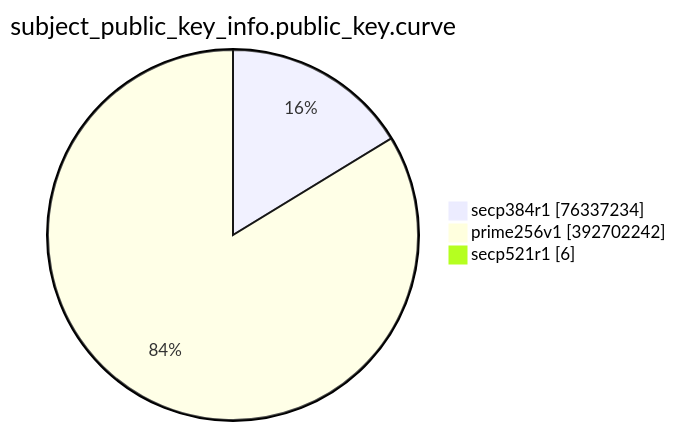
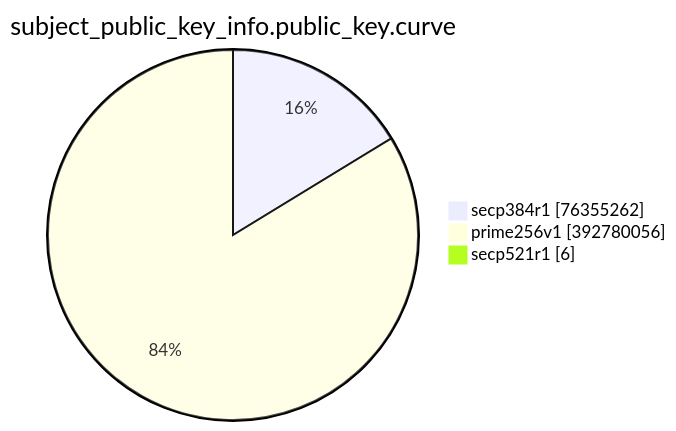
The eighth of 15 diagrams in TOTAL/README.md (christiankrug/ctmonitor_visualization), drawn with Mermaid before and after one commit. The commit also changed other lines of this file, not shown here.

````diff
--- a/TOTAL/README.md
+++ b/TOTAL/README.md
@@ -3094,7 +3094,7 @@
 ```mermaid
 pie showData
 title subject_public_key_info.public_key.curve
-"secp384r1" :76337234
-"prime256v1" :392702242
+"secp384r1" :76355262
+"prime256v1" :392780056
 "secp521r1" :6
 ```
````
